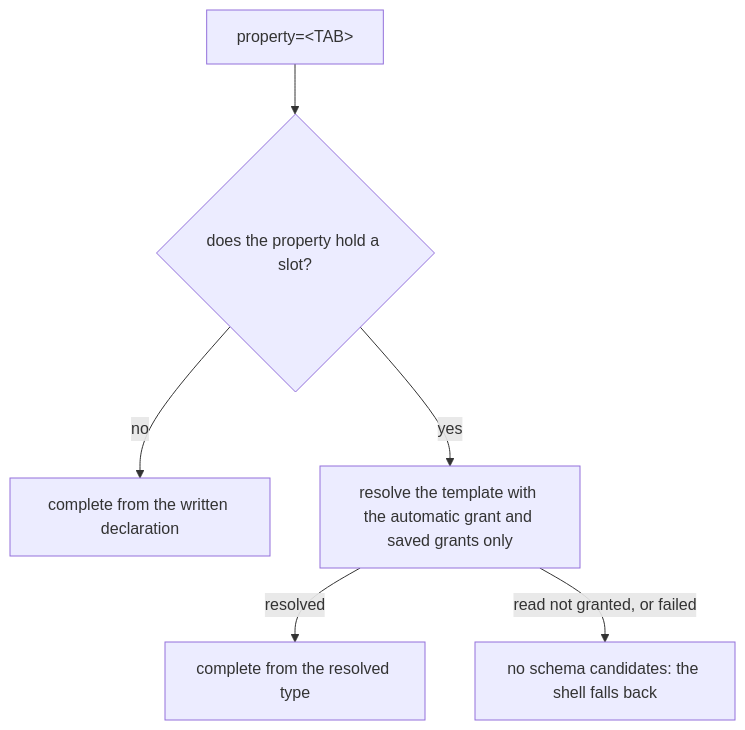
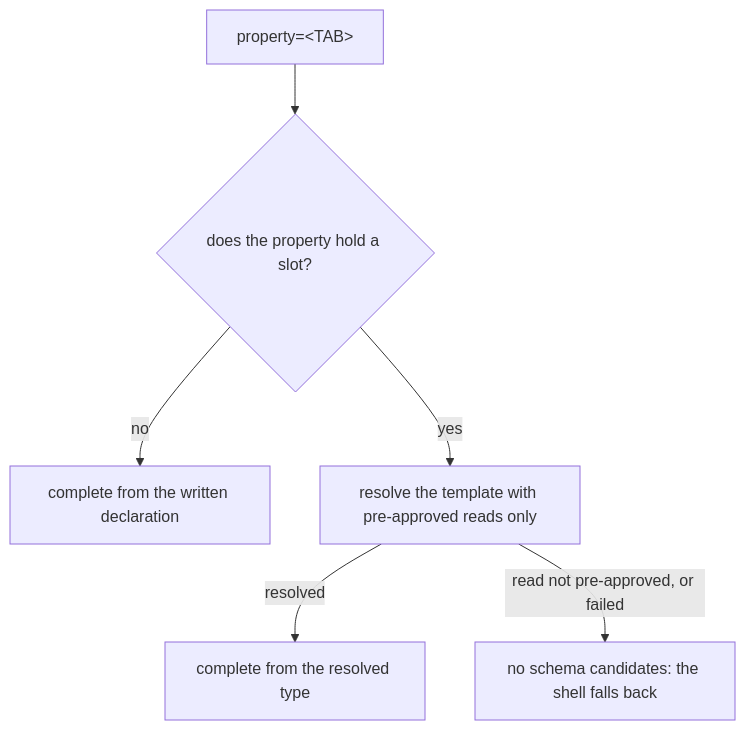
Before and after one commit to yankeeinlondon/rusty-biscuit: the first of 3 diagrams in claudine/docs/topics/completions/shell-completions.md, drawn with Mermaid. The commit also changed other lines of this file and 285 other files, not shown here.

````diff
--- a/claudine/docs/topics/completions/shell-completions.md
+++ b/claudine/docs/topics/completions/shell-completions.md
@@ -744,8 +743,8 @@
 ```mermaid
 flowchart TD
     T["property=&lt;TAB&gt;"] --> S{"does the property hold a slot?"}
     S -->|no| D["complete from the written declaration"]
-    S -->|yes| R["resolve the template with the automatic grant and saved grants only"]
+    S -->|yes| R["resolve the template with pre-approved reads only"]
     R -->|resolved| V["complete from the resolved type"]
-    R -->|"read not granted, or failed"| F["no schema candidates: the shell falls back"]
+    R -->|"read not pre-approved, or failed"| F["no schema candidates: the shell falls back"]
 ```
````
